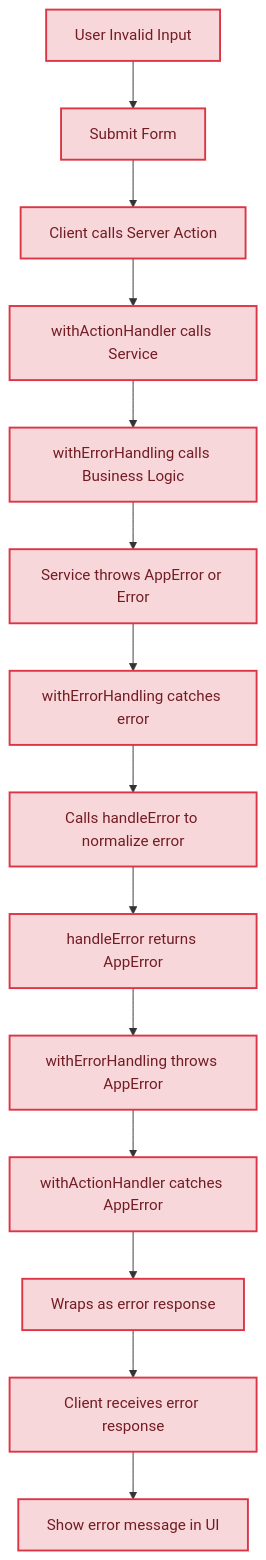
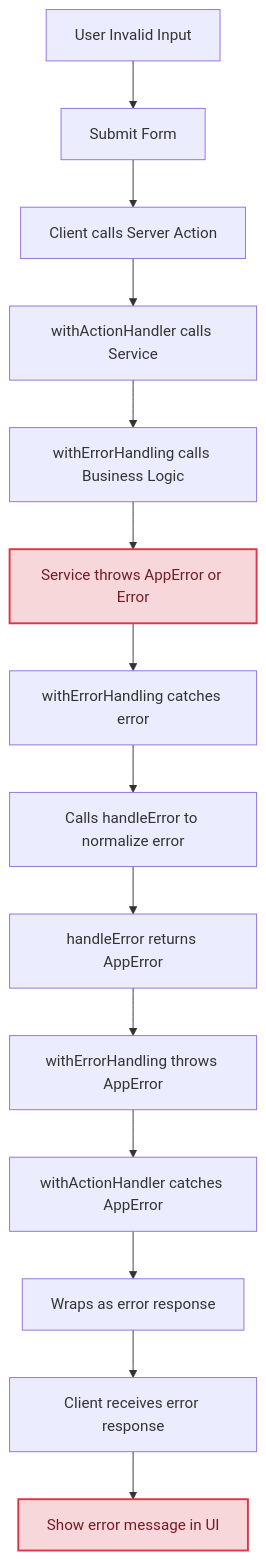
Before and after one commit to morsechimwai/nextjs-error-system-boilerplate: the fourth of 4 diagrams in README.md, drawn with Mermaid. The commit also changed other lines of this file, not shown here.

Commit message:
docs: Simplify success and error flow diagram styling by focusing on key nodes

````diff
--- a/README.md
+++ b/README.md
@@ -431,32 +422,20 @@
 ```mermaid
 graph TD
     A[User Invalid Input] --> B[Submit Form]
     B --> C[Client calls Server Action]
     C --> D[withActionHandler calls Service]
     D --> E[withErrorHandling calls Business Logic]
     E --> F[Service throws AppError or Error]
     F --> G[withErrorHandling catches error]
     G --> H[Calls handleError to normalize error]
     H --> I[handleError returns AppError]
     I --> J[withErrorHandling throws AppError]
     J --> K[withActionHandler catches AppError]
     K --> L[Wraps as error response]
     L --> M[Client receives error response]
     M --> N[Show error message in UI]
 
-    %% Error Flow Styling - Dark Red Text, Light Red Background
-    style A fill:#f8d7da,stroke:#dc3545,stroke-width:2px,color:#721c24
-    style B fill:#f8d7da,stroke:#dc3545,stroke-width:2px,color:#721c24
-    style C fill:#f8d7da,stroke:#dc3545,stroke-width:2px,color:#721c24
-    style D fill:#f8d7da,stroke:#dc3545,stroke-width:2px,color:#721c24
-    style E fill:#f8d7da,stroke:#dc3545,stroke-width:2px,color:#721c24
+    %% Error Flow Styling - Only key error nodes
     style F fill:#f8d7da,stroke:#dc3545,stroke-width:2px,color:#721c24
-    style G fill:#f8d7da,stroke:#dc3545,stroke-width:2px,color:#721c24
-    style H fill:#f8d7da,stroke:#dc3545,stroke-width:2px,color:#721c24
-    style I fill:#f8d7da,stroke:#dc3545,stroke-width:2px,color:#721c24
-    style J fill:#f8d7da,stroke:#dc3545,stroke-width:2px,color:#721c24
-    style K fill:#f8d7da,stroke:#dc3545,stroke-width:2px,color:#721c24
-    style L fill:#f8d7da,stroke:#dc3545,stroke-width:2px,color:#721c24
-    style M fill:#f8d7da,stroke:#dc3545,stroke-width:2px,color:#721c24
     style N fill:#f8d7da,stroke:#dc3545,stroke-width:2px,color:#721c24
 ```
````
